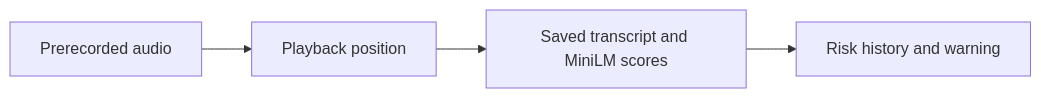
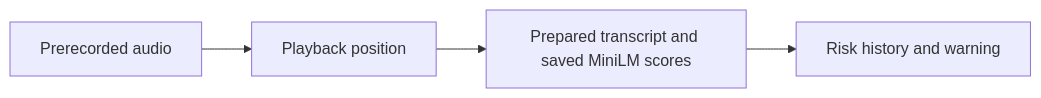
One commit to ZellerhoffBen/swissscam changed the diagram in README.md. Above: the diagram before and after it, drawn with Mermaid. The commit also changed other lines of this file and 9 other files, not shown here.

````diff
--- a/README.md
+++ b/README.md
@@ -19,6 +19,6 @@
 ```mermaid
 flowchart LR
     A[Prerecorded audio] --> B[Playback position]
-    B --> C[Saved transcript and MiniLM scores]
+    B --> C[Prepared transcript and saved MiniLM scores]
     C --> D[Risk history and warning]
 ```
````
